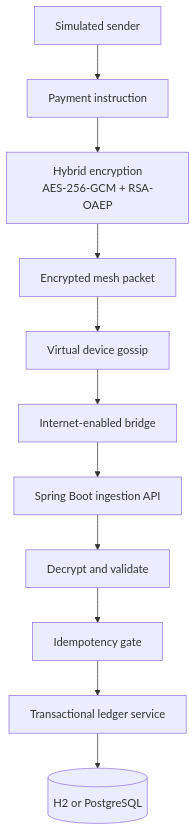
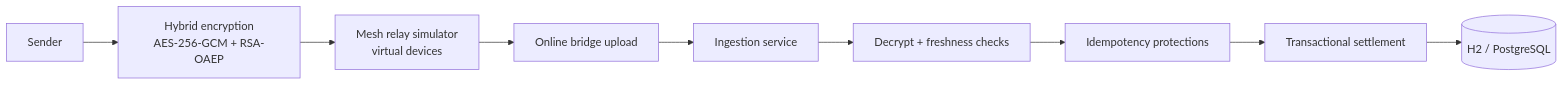
Before and after one commit to sandeep12222300/MeshRelay: the diagram in README.md, drawn with Mermaid. The commit also changed other lines of this file, not shown here.

Commit message:
Revamp README with interactive structure and relay-flow diagram

````diff
--- a/README.md
+++ b/README.md
@@ -17,13 +75,11 @@
 ```mermaid
-flowchart TD
-    A[Simulated sender] --> B[Payment instruction]
-    B --> C[Hybrid encryption\nAES-256-GCM + RSA-OAEP]
-    C --> D[Encrypted mesh packet]
-    D --> E[Virtual device gossip]
-    E --> F[Internet-enabled bridge]
-    F --> G[Spring Boot ingestion API]
-    G --> H[Decrypt and validate]
-    H --> I[Idempotency gate]
-    I --> J[Transactional ledger service]
-    J --> K[(H2 or PostgreSQL)]
+flowchart LR
+    S[Sender] --> E[Hybrid encryption\nAES-256-GCM + RSA-OAEP]
+    E --> M[Mesh relay simulator\nvirtual devices]
+    M --> B[Online bridge upload]
+    B --> I[Ingestion service]
+    I --> D[Decrypt + freshness checks]
+    D --> X[Idempotency protections]
+    X --> L[Transactional settlement]
+    L --> DB[(H2 / PostgreSQL)]
 ```
````
